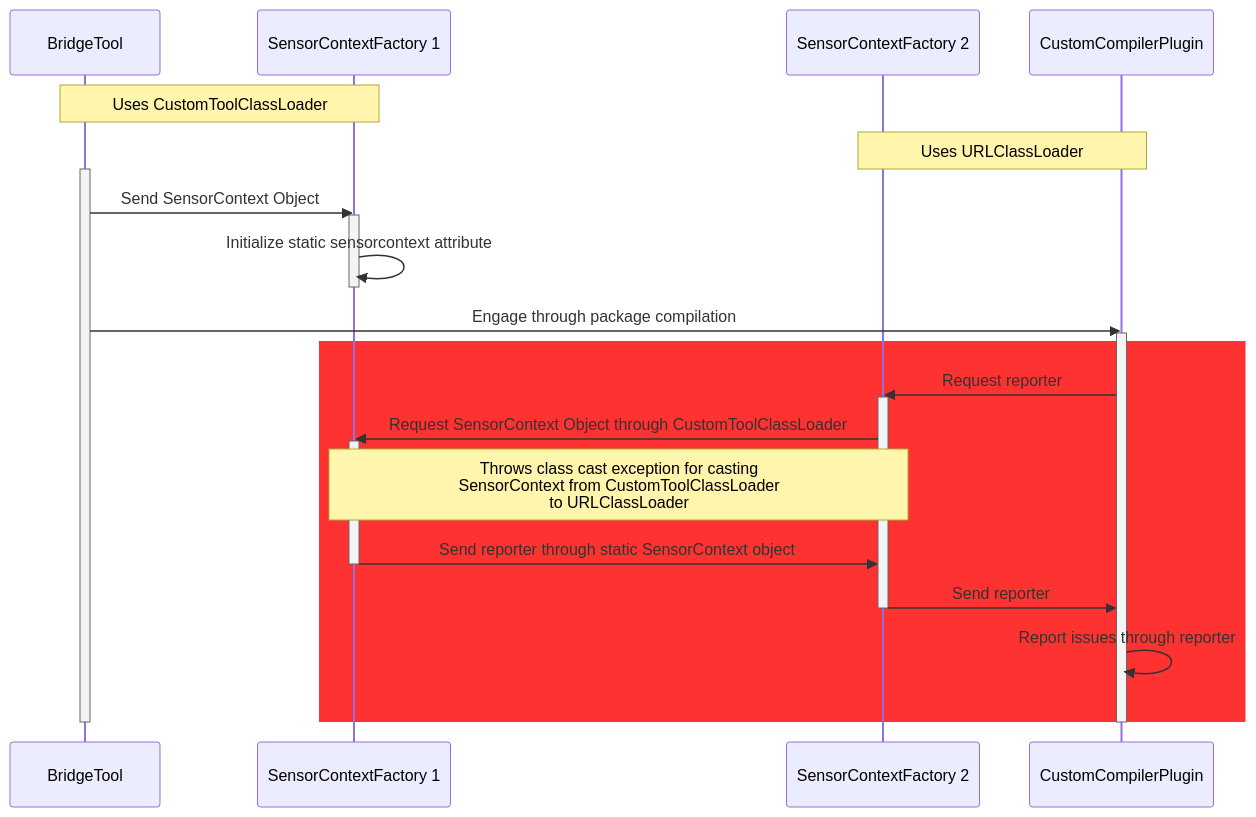
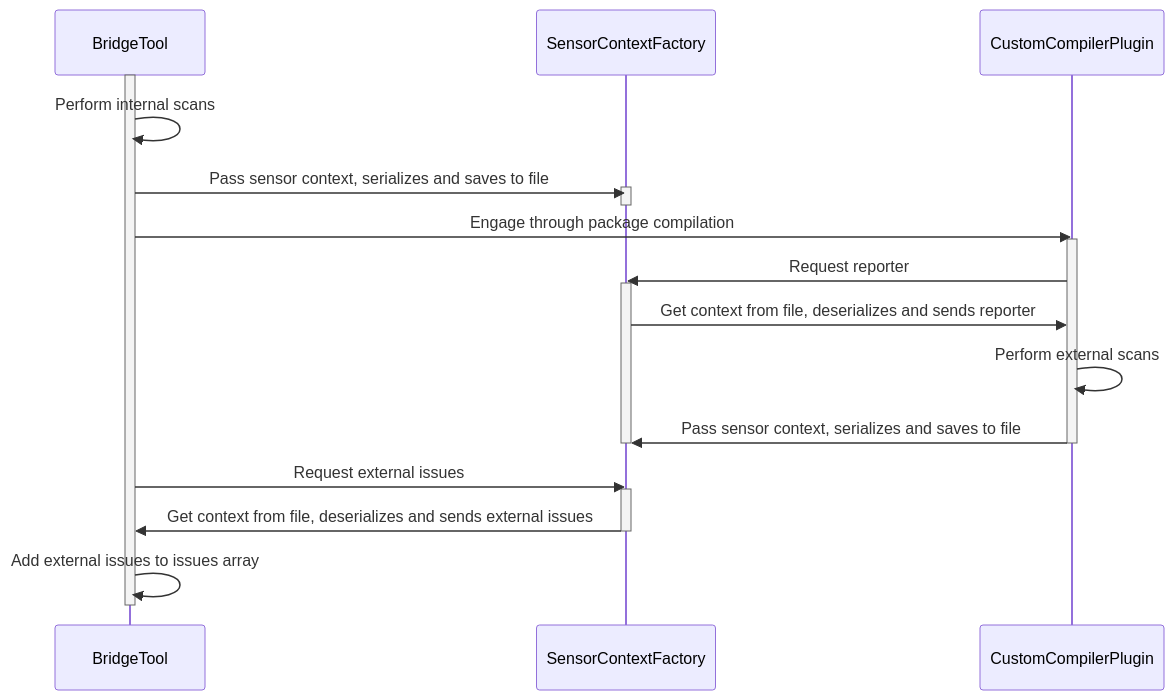
The diagram in README.md (Xenowa/ballerina-tool-extension-methods), drawn with Mermaid before and after one commit. The commit also changed other lines of this file and 4 other files, not shown here.

````diff
--- a/README.md
+++ b/README.md
@@ -3,30 +3,26 @@
 ```mermaid
 sequenceDiagram
     participant BridgeTool
-    participant SensorContextFactory 1
-    note over BridgeTool, SensorContextFactory 1: Uses CustomToolClassLoader
-    participant SensorContextFactory 2
+    participant SensorContextFactory
     participant CustomCompilerPlugin
-    note over SensorContextFactory 2, CustomCompilerPlugin: Uses URLClassLoader
     activate BridgeTool
-    BridgeTool ->> SensorContextFactory 1: Send SensorContext Object
-    activate SensorContextFactory 1
-    SensorContextFactory 1 ->> SensorContextFactory 1: Initialize static sensorcontext attribute
-    deactivate SensorContextFactory 1
+    BridgeTool ->> BridgeTool: Perform internal scans
+    BridgeTool ->> SensorContextFactory: Pass sensor context, serializes and saves to file
+    activate SensorContextFactory
+    deactivate SensorContextFactory
     BridgeTool ->> CustomCompilerPlugin: Engage through package compilation
     activate CustomCompilerPlugin
-    rect rgb(255, 50, 50)
-        CustomCompilerPlugin ->> SensorContextFactory 2: Request reporter
-        activate SensorContextFactory 2
-        SensorContextFactory 2 ->> SensorContextFactory 1: Request SensorContext Object through CustomToolClassLoader
-        activate SensorContextFactory 1
-        note over SensorContextFactory 1, SensorContextFactory 2: Throws class cast exception for casting <br> SensorContext from CustomToolClassLoader <br> to URLClassLoader
-        SensorContextFactory 1 ->> SensorContextFactory 2: Send reporter through static SensorContext object
-        deactivate SensorContextFactory 1
-        SensorContextFactory 2 ->> CustomCompilerPlugin: Send reporter
-        deactivate SensorContextFactory 2
-        CustomCompilerPlugin ->> CustomCompilerPlugin: Report issues through reporter
-    end
+    CustomCompilerPlugin ->> SensorContextFactory: Request reporter
+    activate SensorContextFactory
+    SensorContextFactory ->> CustomCompilerPlugin: Get context from file, deserializes and sends reporter
+    CustomCompilerPlugin ->> CustomCompilerPlugin: Perform external scans
+    CustomCompilerPlugin ->> SensorContextFactory: Pass sensor context, serializes and saves to file
+    deactivate SensorContextFactory
     deactivate CustomCompilerPlugin
+    BridgeTool ->> SensorContextFactory: Request external issues
+    activate SensorContextFactory
+    SensorContextFactory ->> BridgeTool: Get context from file, deserializes and sends external issues
+    deactivate SensorContextFactory
+    BridgeTool ->> BridgeTool: Add external issues to issues array
     deactivate BridgeTool
 ```
````
